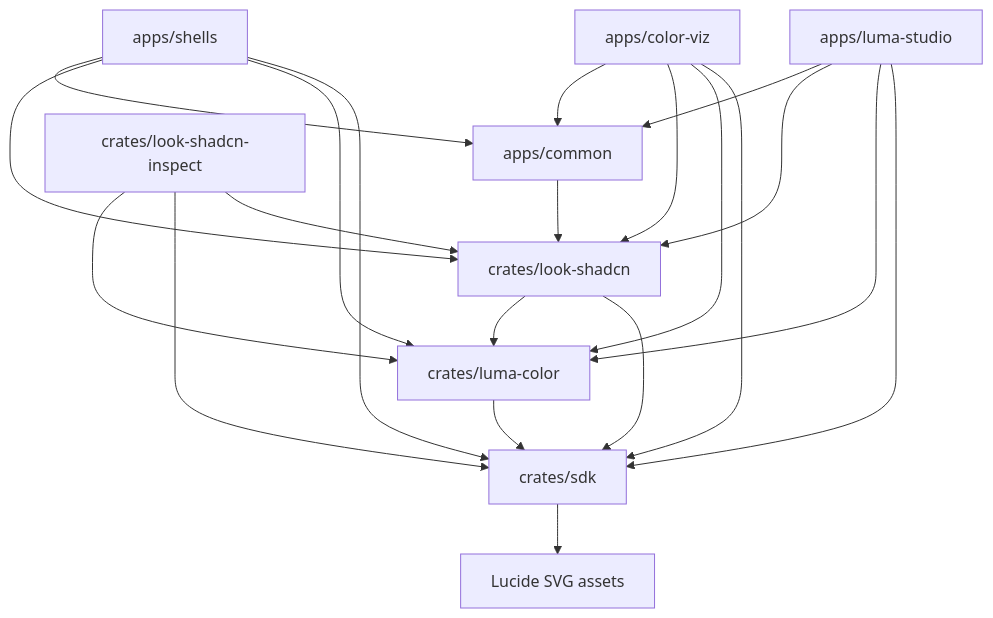
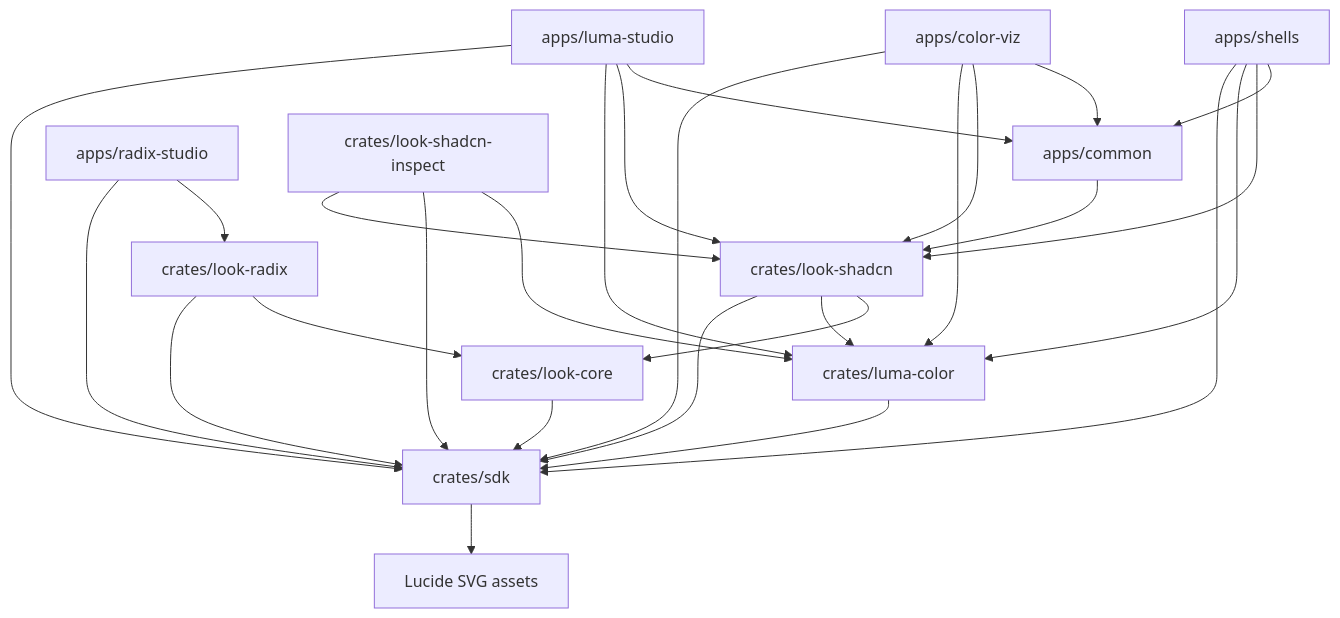
The diagram in docs/architecture.md (gpui-luma-dev/gpui-luma), drawn with Mermaid before and after one commit. The commit also changed other lines of this file and 40 other files, not shown here.

````diff
--- a/docs/architecture.md
+++ b/docs/architecture.md
@@ -25,23 +28,29 @@
 ```mermaid
 graph TD
     Studio[apps/luma-studio] --> SDK[crates/sdk]
     Studio --> Color[crates/luma-color]
     Color --> SDK
     SDK --> Lucide[Lucide SVG assets]
     Studio --> Look[crates/look-shadcn]
     Studio --> AppCommon[apps/common]
+    RadixStudio[apps/radix-studio] --> SDK
+    RadixStudio --> LookRadix
     ColorViz[apps/color-viz] --> SDK
     ColorViz --> Color
     ColorViz --> Look
     ColorViz --> AppCommon
     Shells[apps/shells] --> SDK
     Shells --> Color
     Shells --> Look
     Shells --> AppCommon
+    LookCore[crates/look-core] --> SDK
     Look --> SDK
     Look --> Color
+    Look --> LookCore
+    LookRadix[crates/look-radix] --> SDK
+    LookRadix --> LookCore
     AppCommon --> Look
     LookInspect[crates/look-shadcn-inspect] --> Look
     LookInspect --> SDK
     LookInspect --> Color
 ```
````
